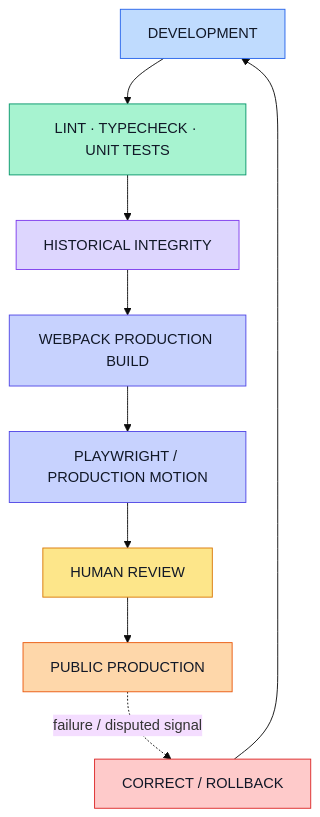
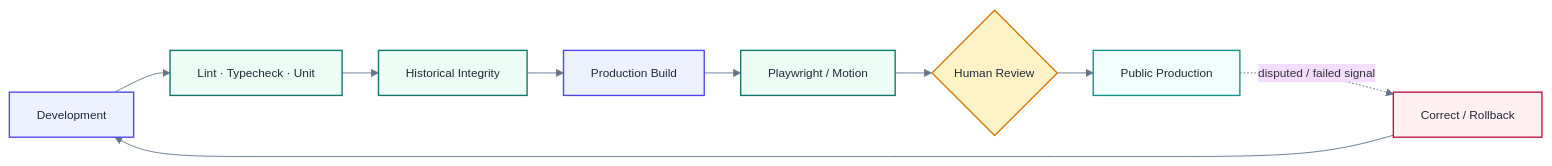
The fourth of 4 diagrams in README.md (drferdi/Kediri-Kings-Century), drawn with Mermaid before and after one commit. The commit also changed other lines of this file, not shown here.

Commit message:
docs(readme): refine diagrams and reduce table typography

```diff
--- a/README.md
+++ b/README.md
@@ -516,37 +514,27 @@
 ~~~mermaid
-%%{init: {'theme':'base'}}%%
-flowchart TB
-  DEV["DEVELOPMENT"]
-  STATIC["LINT · TYPECHECK · UNIT TESTS"]
-  HIST["HISTORICAL INTEGRITY"]
-  BUILD["WEBPACK PRODUCTION BUILD"]
-  BROWSER["PLAYWRIGHT / PRODUCTION MOTION"]
-  REVIEW["HUMAN REVIEW"]
-  PROD["PUBLIC PRODUCTION"]
-  ROLLBACK["CORRECT / ROLLBACK"]
+%%{init: {'theme':'base','flowchart':{'curve':'basis','nodeSpacing':26,'rankSpacing':40},'themeVariables':{'fontFamily':'Inter, ui-sans-serif, system-ui','fontSize':'13px','lineColor':'#64748B'}}}%%
+flowchart LR
+  DEV["Development"]
+  STATIC["Lint · Typecheck · Unit"]
+  HIST["Historical Integrity"]
+  BUILD["Production Build"]
+  BROWSER["Playwright / Motion"]
+  REVIEW{"Human Review"}
+  PROD["Public Production"]
+  ROLLBACK["Correct / Rollback"]
 
-  DEV --> STATIC
-  STATIC --> HIST
-  HIST --> BUILD
-  BUILD --> BROWSER
-  BROWSER --> REVIEW
-  REVIEW --> PROD
-  PROD -. failure / disputed signal .-> ROLLBACK
-  ROLLBACK --> DEV
+  DEV --> STATIC --> HIST --> BUILD --> BROWSER --> REVIEW --> PROD
+  PROD -. disputed / failed signal .-> ROLLBACK --> DEV
 
-  classDef dev fill:#BFDBFE,stroke:#2563EB,color:#111827;
-  classDef verify fill:#A7F3D0,stroke:#059669,color:#111827;
-  classDef history fill:#DDD6FE,stroke:#7C3AED,color:#111827;
-  classDef browser fill:#C7D2FE,stroke:#4F46E5,color:#111827;
-  classDef review fill:#FDE68A,stroke:#D97706,color:#111827;
-  classDef prod fill:#FED7AA,stroke:#EA580C,color:#111827;
-  classDef roll fill:#FECACA,stroke:#DC2626,color:#111827;
+  classDef system fill:#EEF2FF,stroke:#4F46E5,stroke-width:1.5px,color:#1F2937;
+  classDef verified fill:#ECFDF5,stroke:#0F766E,stroke-width:1.5px,color:#1F2937;
+  classDef human fill:#FEF3C7,stroke:#D97706,stroke-width:1.5px,color:#1F2937;
+  classDef public fill:#F0FDFA,stroke:#0D9488,stroke-width:1.5px,color:#1F2937;
+  classDef exception fill:#FFF1F2,stroke:#BE123C,stroke-width:1.5px,color:#1F2937;
 
-  class DEV dev;
-  class STATIC verify;
-  class HIST history;
-  class BUILD,BROWSER browser;
-  class REVIEW review;
-  class PROD prod;
-  class ROLLBACK roll;
+  class DEV,BUILD system;
+  class STATIC,HIST,BROWSER verified;
+  class REVIEW human;
+  class PROD public;
+  class ROLLBACK exception;
 ~~~
```
